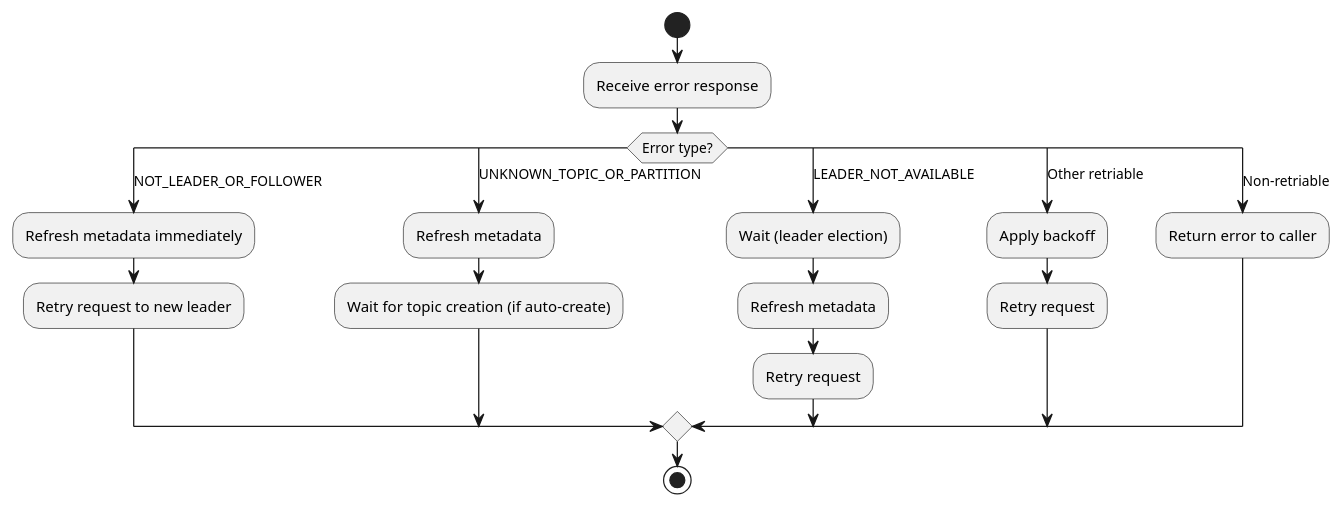
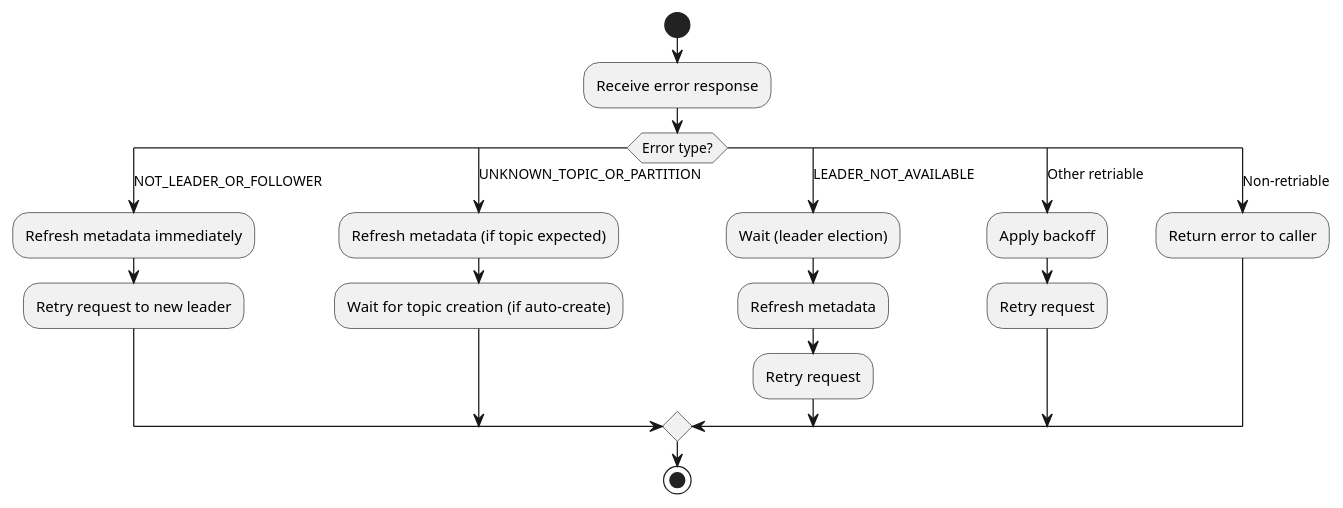
One commit to axonops/documentation changed the sixth of 12 diagrams in docs/data-platforms/kafka/architecture/client-connections/metadata-management.md. Above: the diagram before and after it, drawn with PlantUML. The commit also changed other lines of this file and 34 other files, not shown here.

Commit message:
Updated Kafka architecture documents

````diff
--- a/docs/data-platforms/kafka/architecture/client-connections/metadata-management.md
+++ b/docs/data-platforms/kafka/architecture/client-connections/metadata-management.md
@@ -363,31 +361,31 @@
 ```plantuml
 @startuml
 
 skinparam backgroundColor transparent
 
 start
 
 :Receive error response;
 
 switch (Error type?)
 case (NOT_LEADER_OR_FOLLOWER)
     :Refresh metadata immediately;
     :Retry request to new leader;
 case (UNKNOWN_TOPIC_OR_PARTITION)
-    :Refresh metadata;
+    :Refresh metadata (if topic expected);
     :Wait for topic creation (if auto-create);
 case (LEADER_NOT_AVAILABLE)
     :Wait (leader election);
     :Refresh metadata;
     :Retry request;
 case (Other retriable)
     :Apply backoff;
     :Retry request;
 case (Non-retriable)
     :Return error to caller;
 endswitch
 
 stop
 
 @enduml
 ```
````
